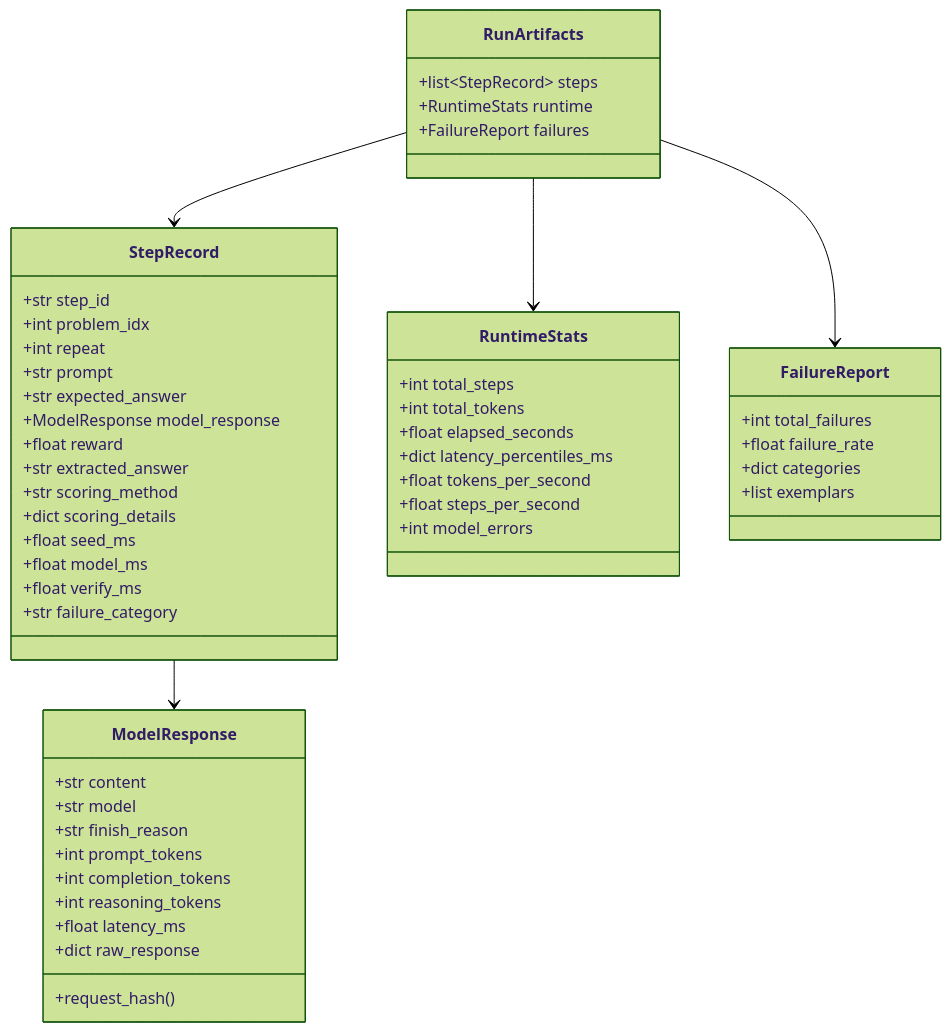
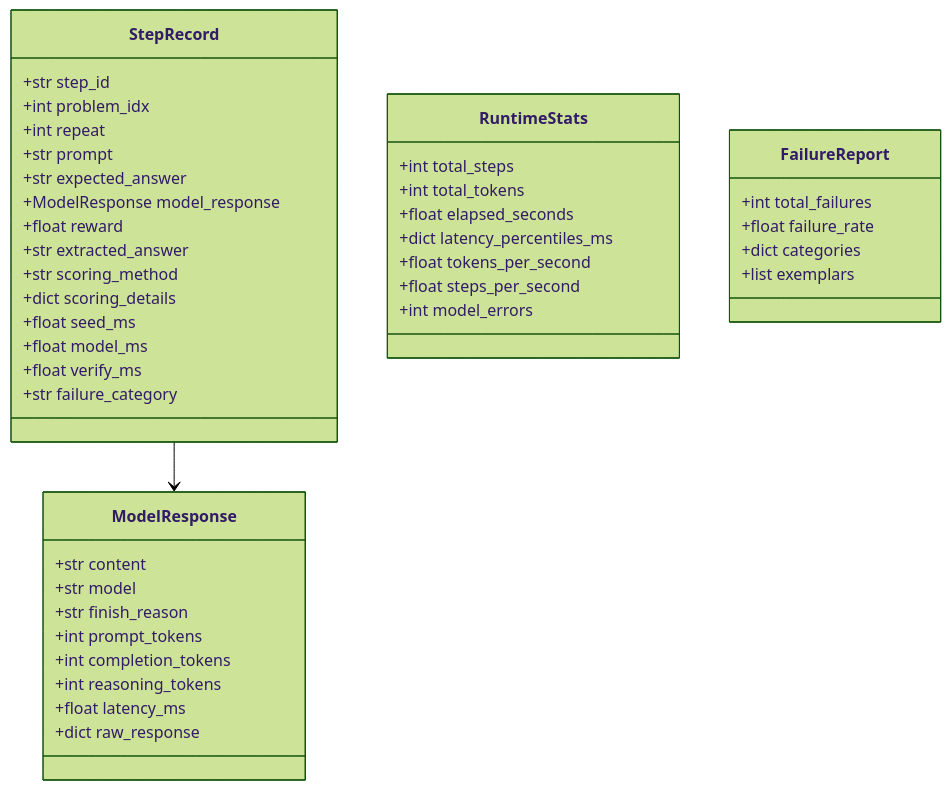
Before and after one commit to NVIDIA-NeMo/Evaluator: the fourth of 5 diagrams in docs/architecture/index.md, drawn with Mermaid (forest theme). The commit also changed other lines of this file and 13 other files, not shown here.

````diff
--- a/docs/architecture/index.md
+++ b/docs/architecture/index.md
@@ -113,59 +240,49 @@
 ```{mermaid}
 classDiagram
     class StepRecord {
         +str step_id
         +int problem_idx
         +int repeat
         +str prompt
         +str expected_answer
         +ModelResponse model_response
         +float reward
         +str extracted_answer
         +str scoring_method
         +dict scoring_details
         +float seed_ms
         +float model_ms
         +float verify_ms
         +str failure_category
     }
 
     class ModelResponse {
         +str content
         +str model
         +str finish_reason
         +int prompt_tokens
         +int completion_tokens
         +int reasoning_tokens
         +float latency_ms
         +dict raw_response
-        +request_hash()
     }
 
     class RuntimeStats {
         +int total_steps
         +int total_tokens
         +float elapsed_seconds
         +dict latency_percentiles_ms
         +float tokens_per_second
         +float steps_per_second
         +int model_errors
     }
 
     class FailureReport {
         +int total_failures
         +float failure_rate
         +dict categories
         +list exemplars
     }
 
-    class RunArtifacts {
-        +list~StepRecord~ steps
-        +RuntimeStats runtime
-        +FailureReport failures
-    }
-
     StepRecord --> ModelResponse
-    RunArtifacts --> StepRecord
-    RunArtifacts --> RuntimeStats
-    RunArtifacts --> FailureReport
 ```
````
